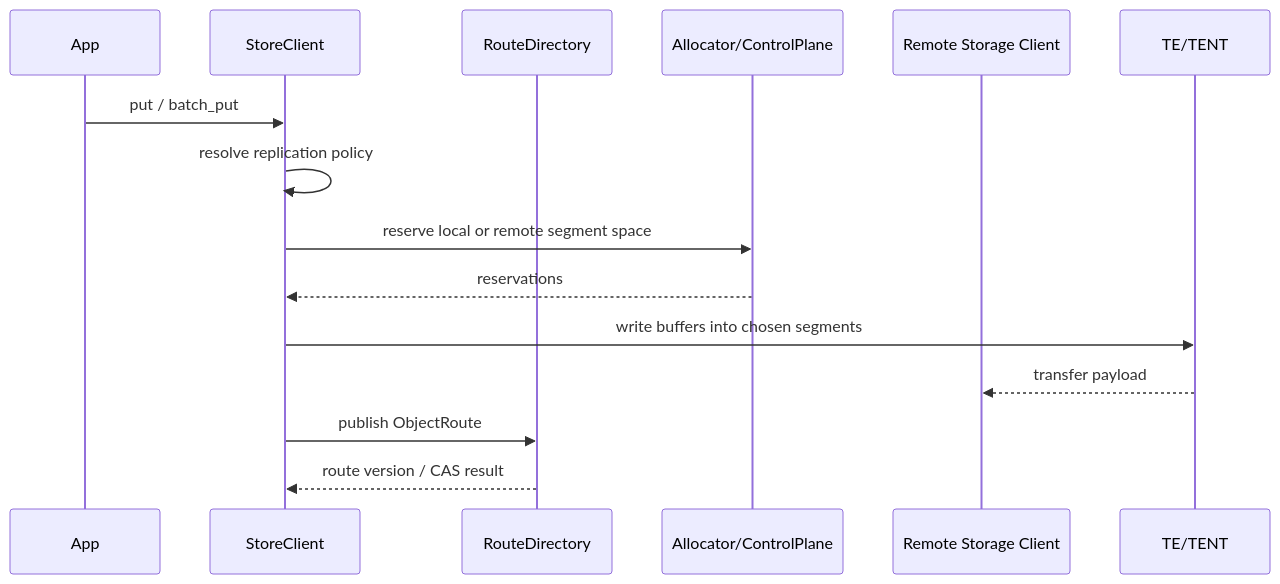
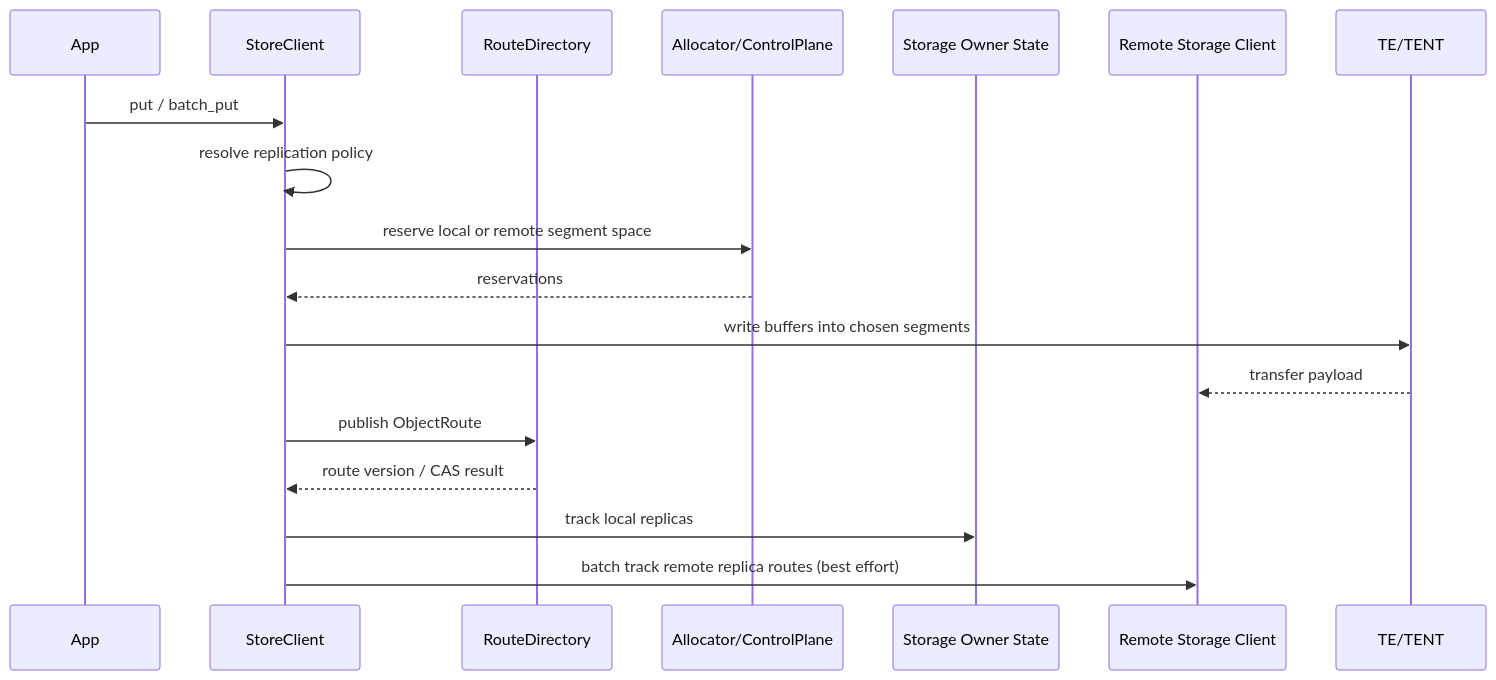
The second of 4 diagrams in mooncake-store/store-rs/docs/architecture.md (kvcache-ai/Mooncake), drawn with Mermaid before and after one commit. The commit also changed other lines of this file and 5 other files, not shown here.

Commit message:
[Docs] document storage-owner eviction flow

````diff
--- a/mooncake-store/store-rs/docs/architecture.md
+++ b/mooncake-store/store-rs/docs/architecture.md
@@ -84,18 +90,21 @@
 ```mermaid
 sequenceDiagram
     participant App
     participant Client as StoreClient
     participant Route as RouteDirectory
     participant Alloc as Allocator/ControlPlane
+    participant Evict as Storage Owner State
     participant Peer as Remote Storage Client
     participant TE as TE/TENT
 
     App->>Client: put / batch_put
     Client->>Client: resolve replication policy
     Client->>Alloc: reserve local or remote segment space
     Alloc-->>Client: reservations
     Client->>TE: write buffers into chosen segments
     TE-->>Peer: transfer payload
     Client->>Route: publish ObjectRoute
     Route-->>Client: route version / CAS result
+    Client->>Evict: track local replicas
+    Client->>Peer: batch track remote replica routes (best effort)
 ```
````
